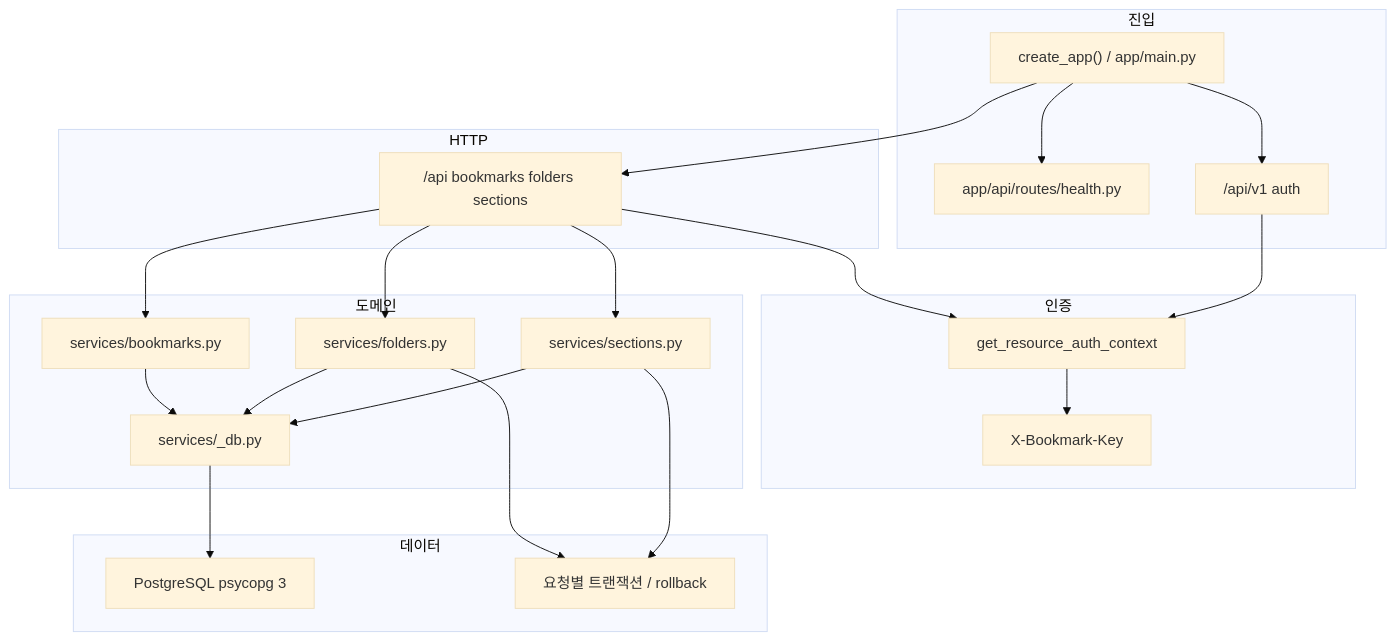
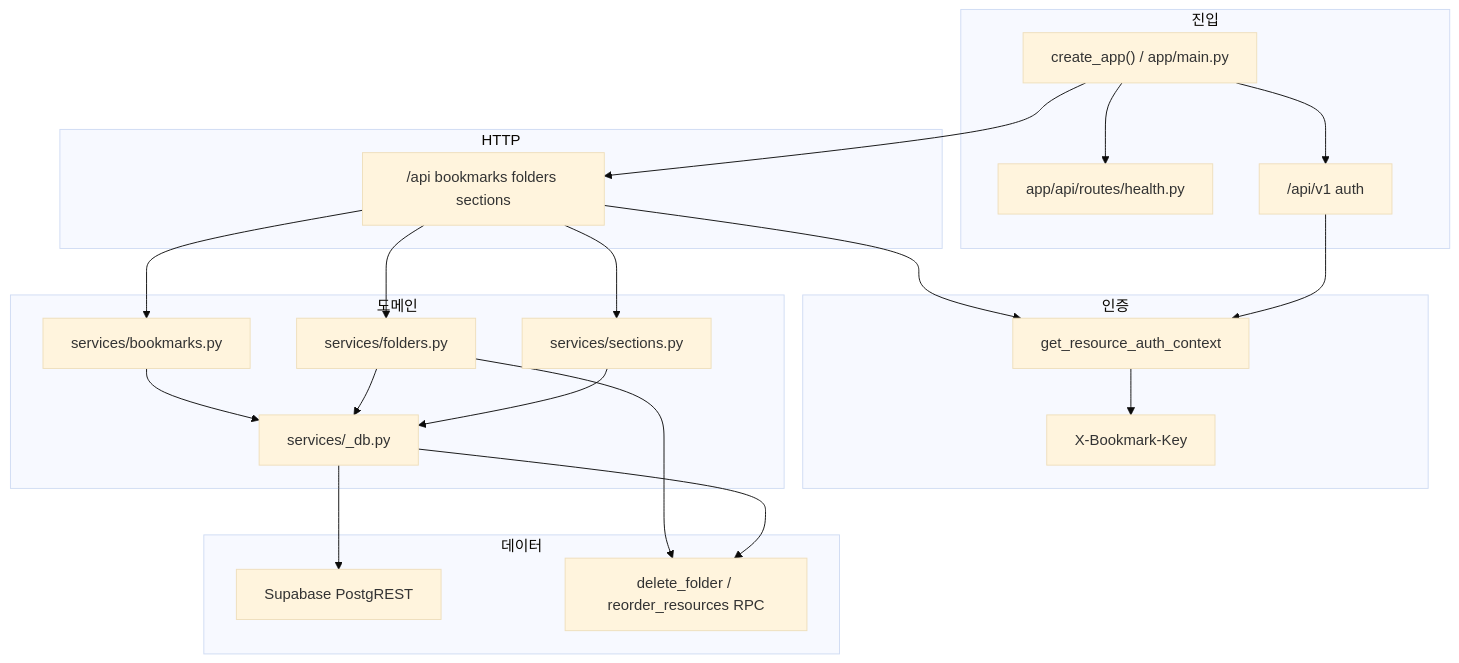
One commit to idghst/bookmark-api changed the second of 2 diagrams in docs/graphify/README.md. Above: the diagram before and after it, drawn with Mermaid (base theme). The commit also changed other lines of this file and 30 other files, not shown here.

````diff
--- a/docs/graphify/README.md
+++ b/docs/graphify/README.md
@@ -49,40 +49,40 @@
 ```mermaid
 flowchart TB
   subgraph entry [진입]
     Factory["create_app() / app/main.py"]
     Health["app/api/routes/health.py"]
     AuthAPI["/api/v1 auth"]
   end
   subgraph http [HTTP]
     REST["/api bookmarks folders sections"]
   end
   subgraph auth [인증]
     Ctx["get_resource_auth_context"]
     Key["X-Bookmark-Key"]
   end
   subgraph domain [도메인]
     BM[services/bookmarks.py]
     FD[services/folders.py]
     SC[services/sections.py]
     DB["services/_db.py"]
   end
   subgraph data [데이터]
-    PG[PostgreSQL psycopg 3]
-    TX["요청별 트랜잭션 / rollback"]
+    SB["Supabase PostgREST"]
+    TX["delete_folder / reorder_resources RPC"]
   end
   Factory --> REST
   Factory --> Health
   Factory --> AuthAPI
   REST --> Ctx
   AuthAPI --> Ctx
   Ctx --> Key
   REST --> BM
   REST --> FD
   REST --> SC
   BM --> DB
   FD --> DB
   SC --> DB
-  DB --> PG
+  DB --> SB
   FD --> TX
-  SC --> TX
+  DB --> TX
 ```
````
